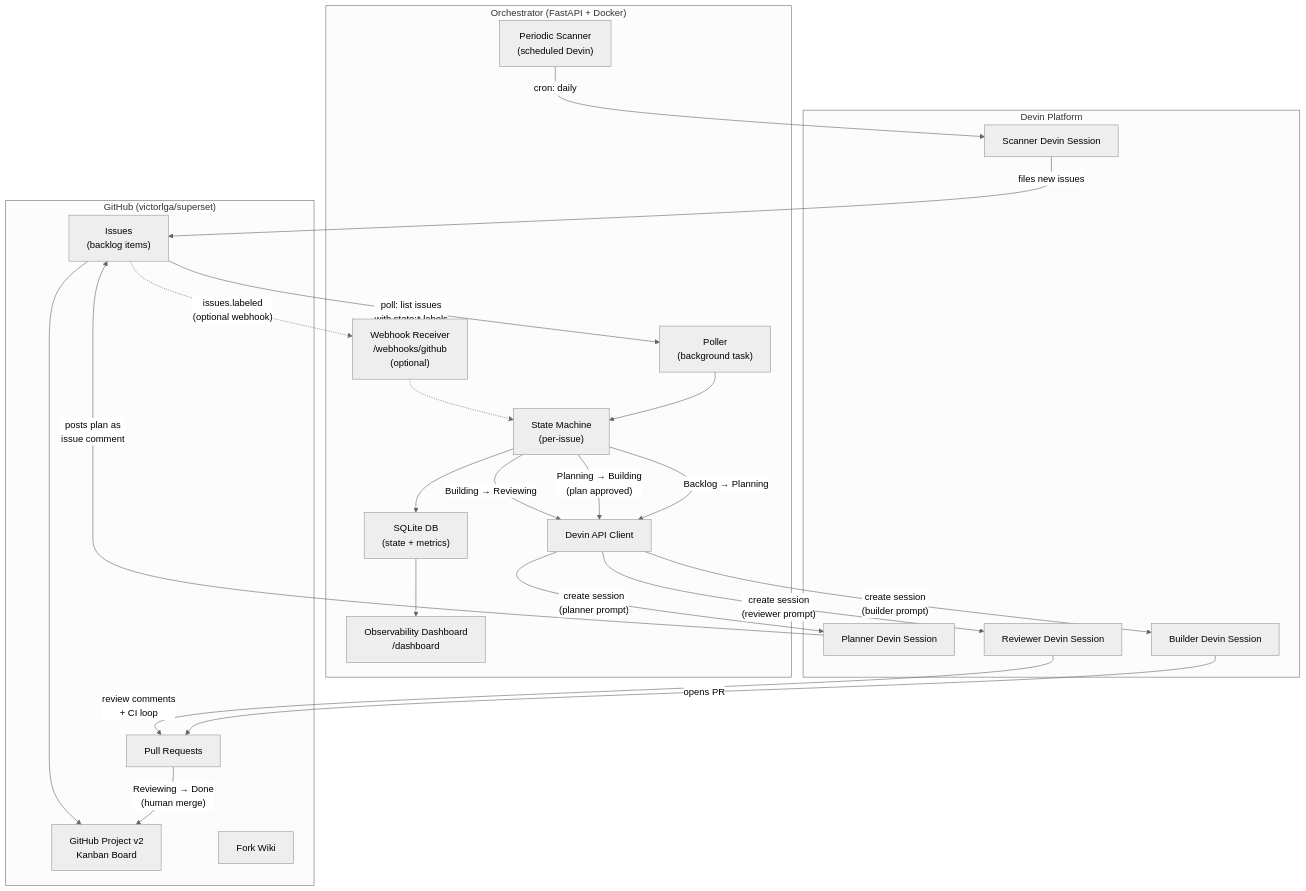
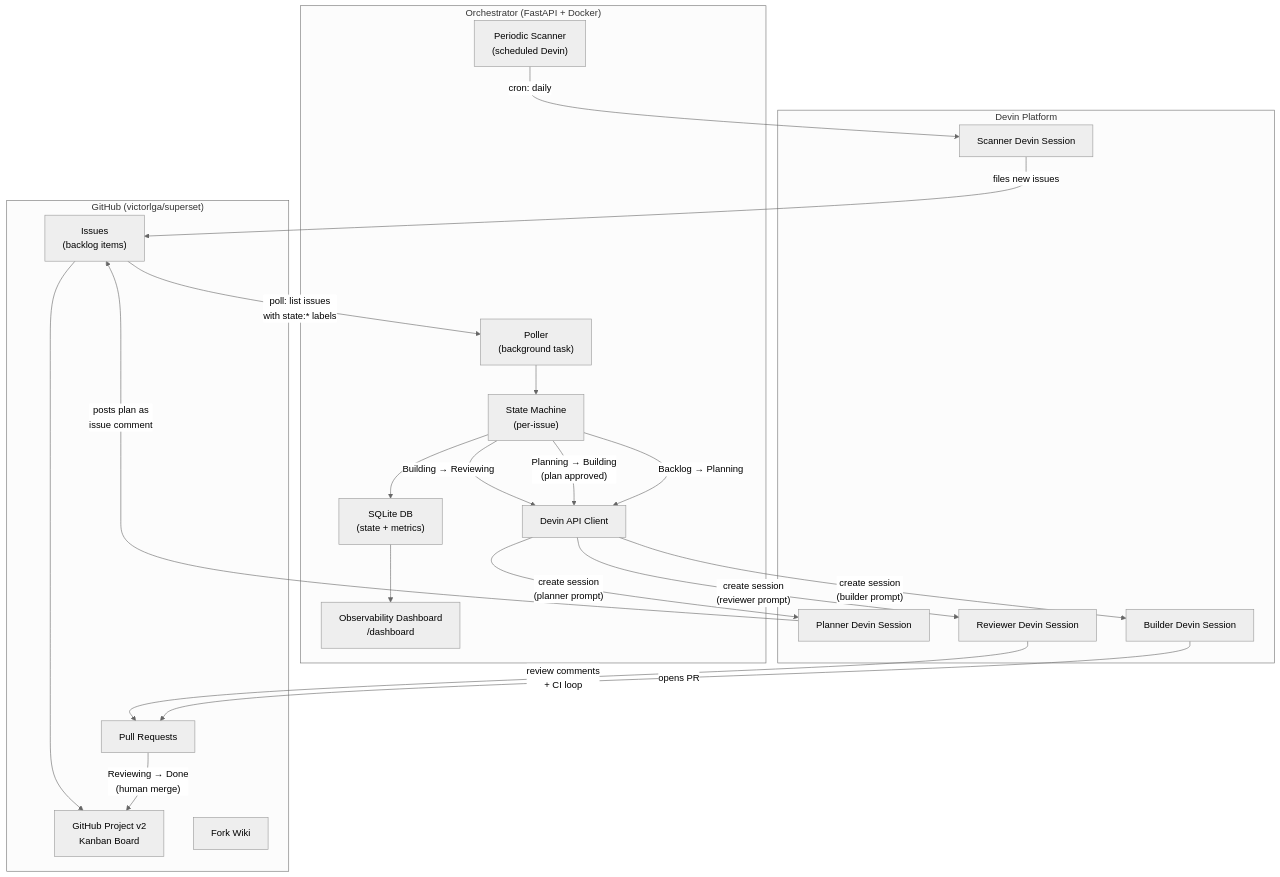
The diagram in docs/ARCHITECTURE.md (victorlga/cognition-takehome), drawn with Mermaid (neutral theme) before and after one commit. The commit also changed other lines of this file and 12 other files, not shown here.

````diff
--- a/docs/ARCHITECTURE.md
+++ b/docs/ARCHITECTURE.md
@@ -14,54 +14,51 @@
 ```mermaid
 flowchart TB
     subgraph GitHub ["GitHub (victorlga/superset)"]
         Issues["Issues\n(backlog items)"]
         Project["GitHub Project v2\nKanban Board"]
         PRs["Pull Requests"]
         Wiki["Fork Wiki"]
     end
 
     subgraph Orchestrator ["Orchestrator (FastAPI + Docker)"]
         Poller["Poller\n(background task)"]
-        Webhook["Webhook Receiver\n/webhooks/github\n(optional)"]
         SM["State Machine\n(per-issue)"]
         DevinClient["Devin API Client"]
         DB["SQLite DB\n(state + metrics)"]
         Scheduler["Periodic Scanner\n(scheduled Devin)"]
         Dashboard["Observability Dashboard\n/dashboard"]
     end
 
     subgraph DevinCloud ["Devin Platform"]
         PlannerSession["Planner Devin Session"]
         BuilderSession["Builder Devin Session"]
         ReviewerSession["Reviewer Devin Session"]
         ScannerSession["Scanner Devin Session"]
     end
 
     %% Event flow (polling is primary, webhook is optional)
     Issues -- "poll: list issues\nwith state:* labels" --> Poller
     Poller --> SM
-    Issues -. "issues.labeled\n(optional webhook)" .-> Webhook
-    Webhook -.-> SM
     SM -- "Backlog → Planning" --> DevinClient
     DevinClient -- "create session\n(planner prompt)" --> PlannerSession
     PlannerSession -- "posts plan as\nissue comment" --> Issues
 
     SM -- "Planning → Building\n(plan approved)" --> DevinClient
     DevinClient -- "create session\n(builder prompt)" --> BuilderSession
     BuilderSession -- "opens PR" --> PRs
 
     SM -- "Building → Reviewing" --> DevinClient
     DevinClient -- "create session\n(reviewer prompt)" --> ReviewerSession
     ReviewerSession -- "review comments\n+ CI loop" --> PRs
 
     PRs -- "Reviewing → Done\n(human merge)" --> Project
 
     %% Periodic scan
     Scheduler -- "cron: daily" --> ScannerSession
     ScannerSession -- "files new issues" --> Issues
     Issues --> Project
 
     %% Observability
     SM --> DB
     DB --> Dashboard
 ```
````
